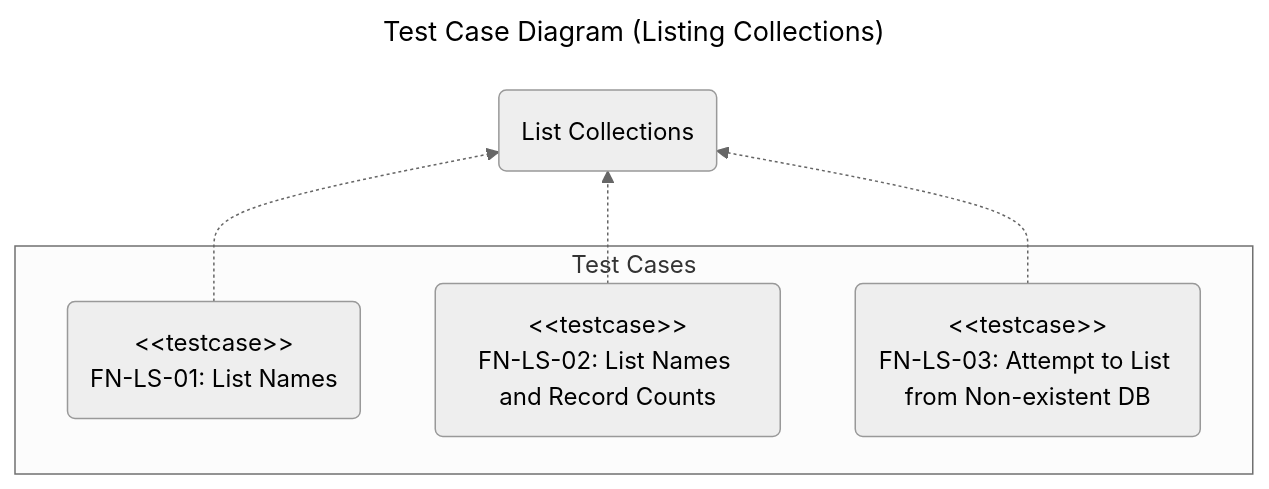
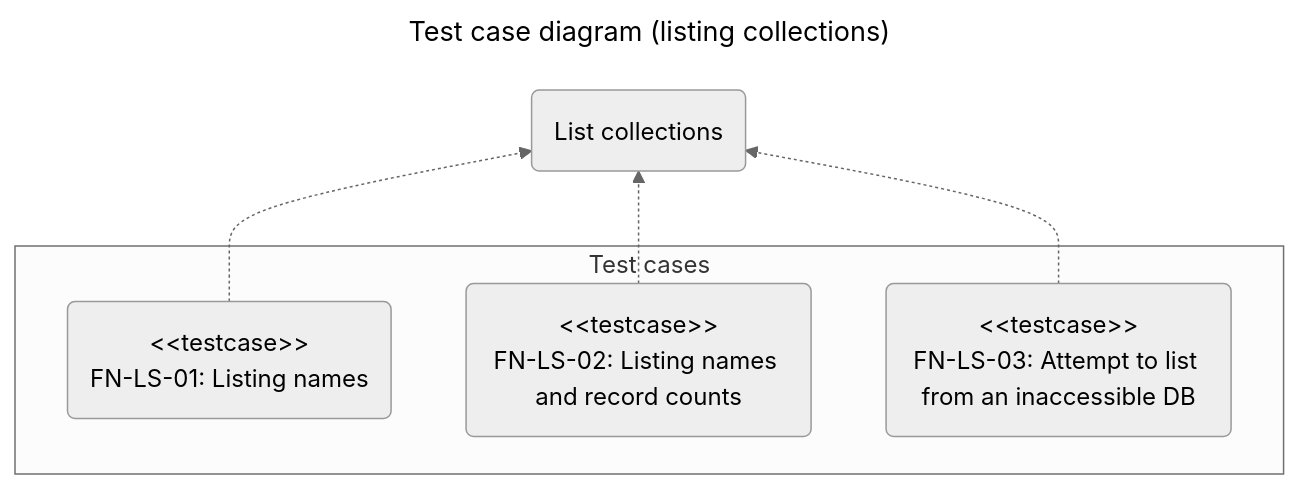
One commit to chromiodev/chromie-tool changed the first of 6 diagrams in docs/spec/tests/functional.en.md. Above: the diagram before and after it, drawn with Mermaid (neutral theme). The commit also changed other lines of this file and 25 other files, not shown here.

````diff
--- a/docs/spec/tests/functional.en.md
+++ b/docs/spec/tests/functional.en.md
@@ -47,21 +49,21 @@
 ```mermaid
 ---
-title: Test Case Diagram (Listing Collections)
+title: Test case diagram (listing collections)
 config:
 ---
 
 graph BT
   %% use cases
-  listColls@{ shape: "rounded", label: "List Collections" }
+  listColls@{ shape: "rounded", label: "List collections" }
 
-  subgraph "Test Cases"
-    listCollNames@{ shape: "rounded", label: "#lt;#lt;testcase>><br>FN-LS-01: List Names" }
-    listCollNamesAndCount@{ shape: "rounded", label: "#lt;#lt;testcase>><br>FN-LS-02: List Names and Record Counts" }
-    listOnUnknownServer@{ shape: "rounded", label: "#lt;#lt;testcase>><br>FN-LS-03: Attempt to List from Non-existent DB" }
+  subgraph "Test cases"
+    listCollNames@{ shape: "rounded", label: "#lt;#lt;testcase>><br>FN-LS-01: Listing names" }
+    listCollNamesAndCount@{ shape: "rounded", label: "#lt;#lt;testcase>><br>FN-LS-02: Listing names and record counts" }
+    listOnUnknownServer@{ shape: "rounded", label: "#lt;#lt;testcase>><br>FN-LS-03: Attempt to list from an inaccessible DB" }
   end
 
 
   listCollNames -.-> listColls
   listCollNamesAndCount -.-> listColls
   listOnUnknownServer -.-> listColls
 ```
````
